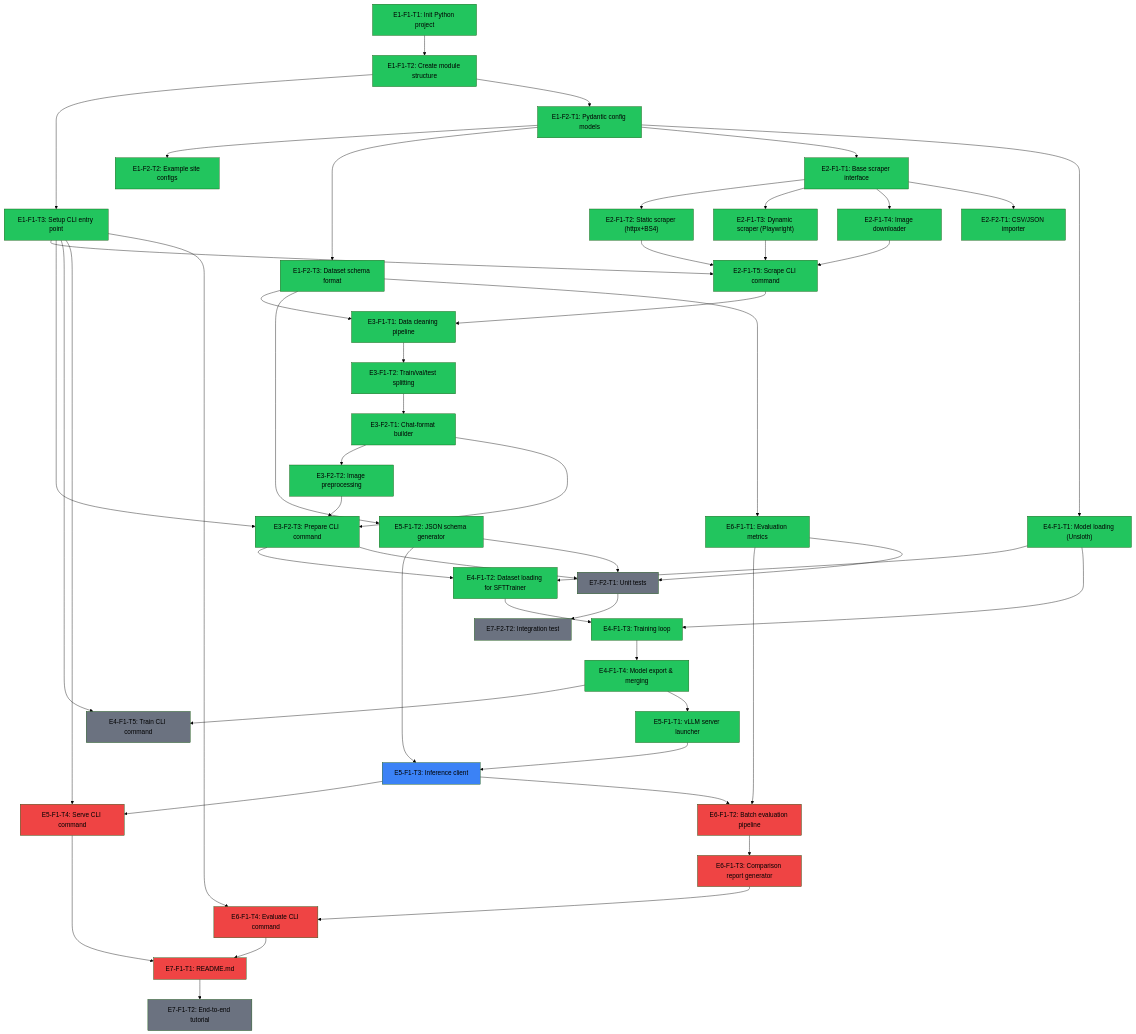
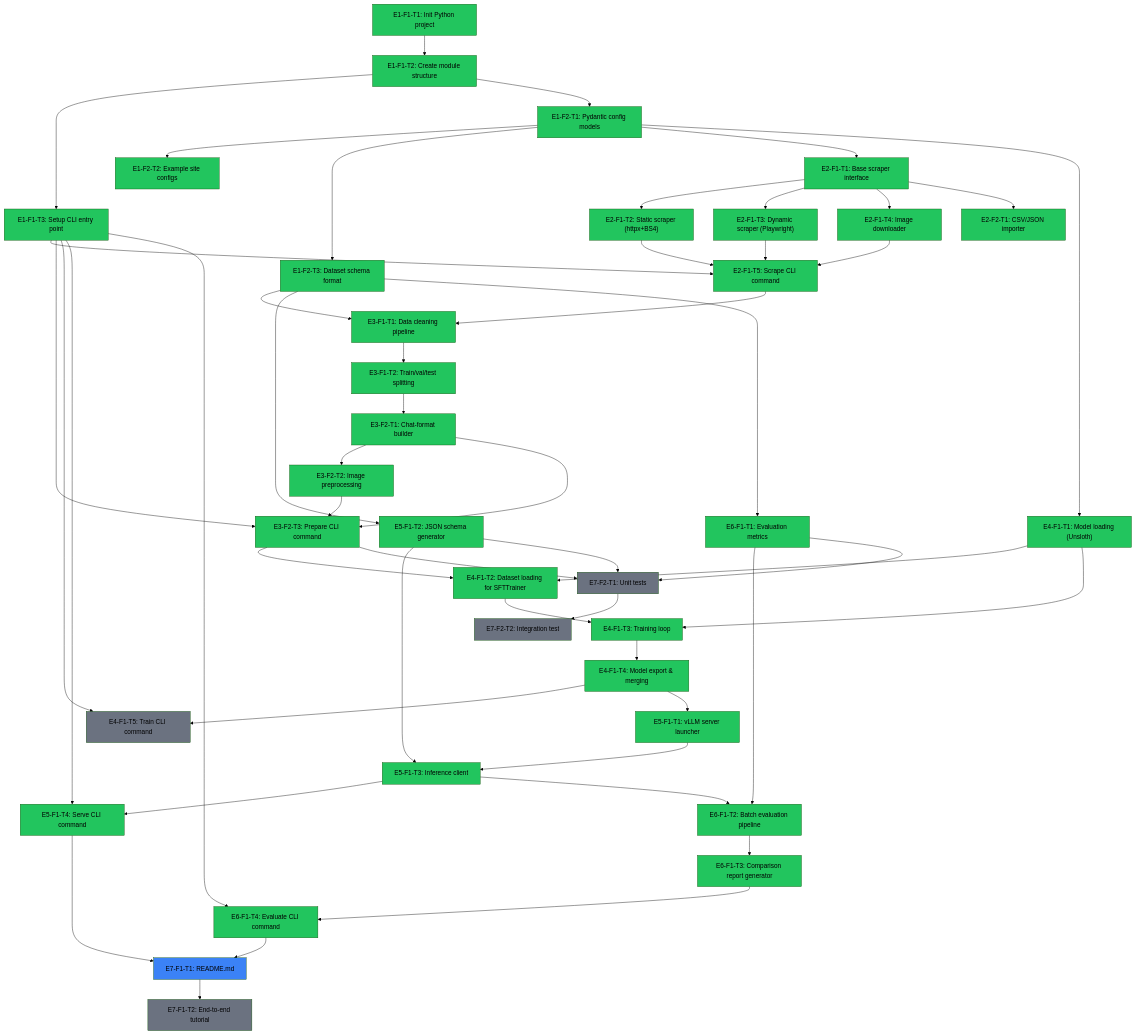
The diagram in ROADMAP.md (Vutiot/ArticleTagging), drawn with Mermaid (forest theme) before and after one commit. The commit also changed other lines of this file and 4 other files, not shown here.

```diff
--- a/ROADMAP.md
+++ b/ROADMAP.md
@@ -143,16 +143,14 @@
 
   style E4F1T5 fill:#22c55e
   style E5F1T1 fill:#22c55e
+  style E5F1T3 fill:#22c55e
+  style E5F1T4 fill:#22c55e
+  style E6F1T2 fill:#22c55e
+  style E6F1T3 fill:#22c55e
+  style E6F1T4 fill:#22c55e
 
   %% Ready (blue) — all blockers resolved
-  style E5F1T3 fill:#3b82f6
-
-  %% Critical path remaining (red)
-  style E5F1T4 fill:#ef4444
-  style E6F1T2 fill:#ef4444
-  style E6F1T3 fill:#ef4444
-  style E6F1T4 fill:#ef4444
-  style E7F1T1 fill:#ef4444
+  style E7F1T1 fill:#3b82f6
 
   style E3F2T2 fill:#22c55e
 
```
